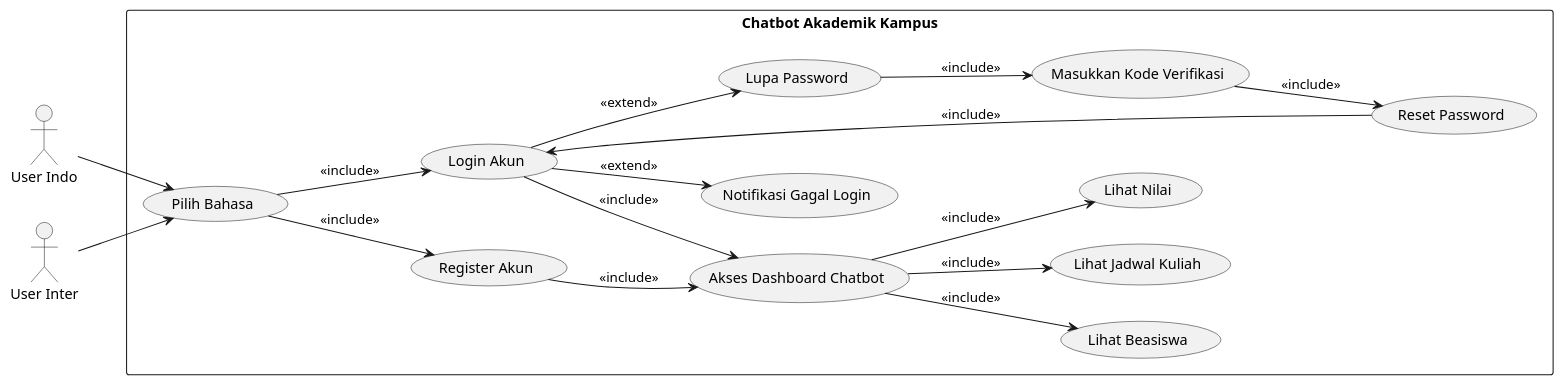
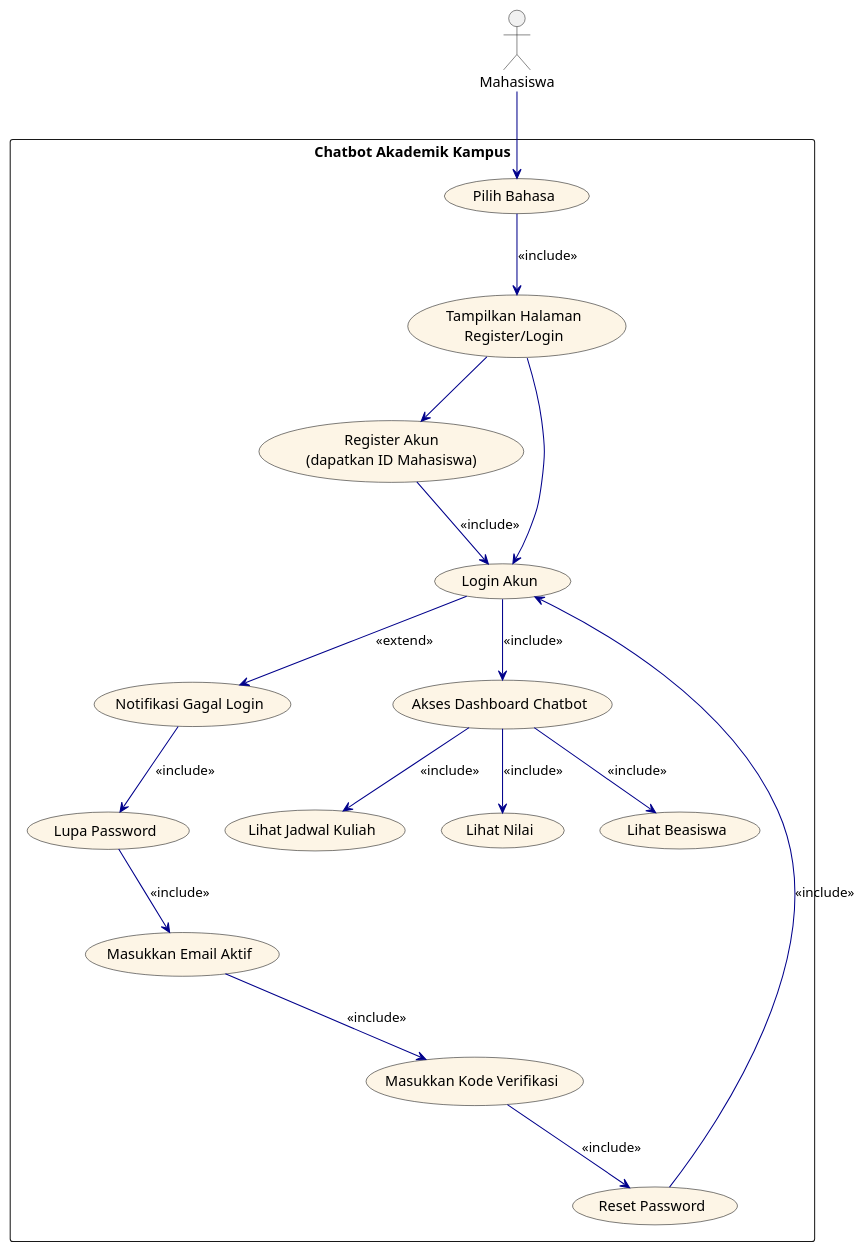
The diagram in Project akhir/usecase.puml (Kevin420-KS/APSI-Analisis-Perancangan-Sistem-Informasi-), drawn with PlantUML before and after one commit. The commit also changed 4 other files, not shown here.

```diff
--- a/Project akhir/usecase.puml
+++ b/Project akhir/usecase.puml
@@ -1,42 +1,45 @@
 @startuml
-left to right direction
+top to bottom direction
 skinparam packageStyle rectangle
+skinparam usecase {
+    BackgroundColor #FDF5E6
+    BorderColor Black
+    ArrowColor DarkBlue
+}
 
-actor "User Indo" as UserID
-actor "User Inter" as UserEN
+actor "Mahasiswa" as User
 
 rectangle "Chatbot Akademik Kampus" {
-    usecase "Pilih Bahasa" as UC1
-    usecase "Register Akun" as UC2
-    usecase "Login Akun" as UC3
-    usecase "Lupa Password" as UC4
-    usecase "Masukkan Kode Verifikasi" as UC5
-    usecase "Reset Password" as UC6
-    usecase "Akses Dashboard Chatbot" as UC7
-    usecase "Lihat Jadwal Kuliah" as UC8
-    usecase "Lihat Nilai" as UC9
-    usecase "Lihat Beasiswa" as UC10
-    usecase "Notifikasi Gagal Login" as UC11
+    usecase UC1  as "Pilih Bahasa"
+    usecase UC1a as "Tampilkan Halaman\nRegister/Login"
+    usecase UC2  as "Register Akun\n(dapatkan ID Mahasiswa)"
+    usecase UC3  as "Login Akun"
+    usecase UC11 as "Notifikasi Gagal Login"
+    usecase UC4  as "Lupa Password"
+    usecase UC4a as "Masukkan Email Aktif"
+    usecase UC5  as "Masukkan Kode Verifikasi"
+    usecase UC6  as "Reset Password"
+    usecase UC7  as "Akses Dashboard Chatbot"
+    usecase UC8  as "Lihat Jadwal Kuliah"
+    usecase UC9  as "Lihat Nilai"
+    usecase UC10 as "Lihat Beasiswa"
 }
 
-UserID --> UC1
-UserEN --> UC1
-
-UC1 --> UC2 : <<include>>
-UC1 --> UC3 : <<include>>
+User --> UC1
+UC1 --> UC1a : <<include>>
+UC1a --> UC2
+UC1a --> UC3
+UC2 --> UC3 : <<include>>
 
 UC3 --> UC11 : <<extend>>
-UC3 --> UC4 : <<extend>>
-
-UC4 --> UC5 : <<include>>
+UC11 --> UC4 : <<include>>
+UC4 --> UC4a : <<include>>
+UC4a --> UC5 : <<include>>
 UC5 --> UC6 : <<include>>
-
-UC2 --> UC7 : <<include>>
-UC3 --> UC7 : <<include>>
 UC6 --> UC3 : <<include>>
 
+UC3 --> UC7 : <<include>>
 UC7 --> UC8 : <<include>>
 UC7 --> UC9 : <<include>>
 UC7 --> UC10 : <<include>>
-
 @enduml
```
